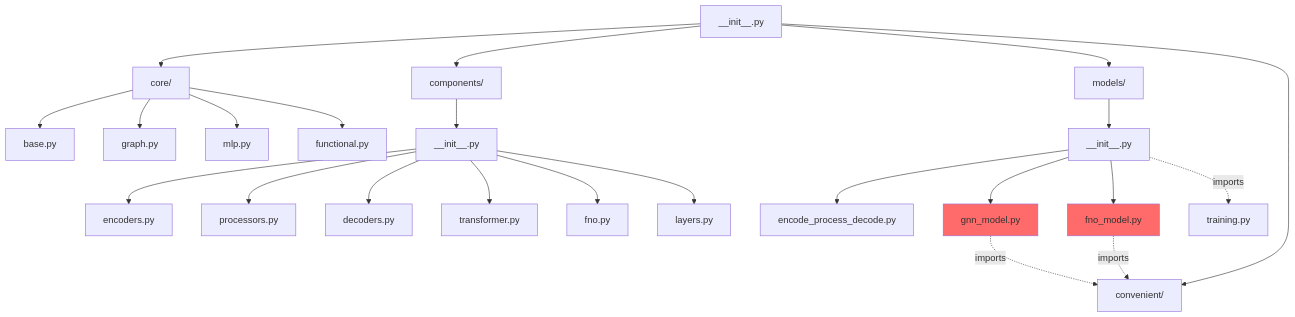
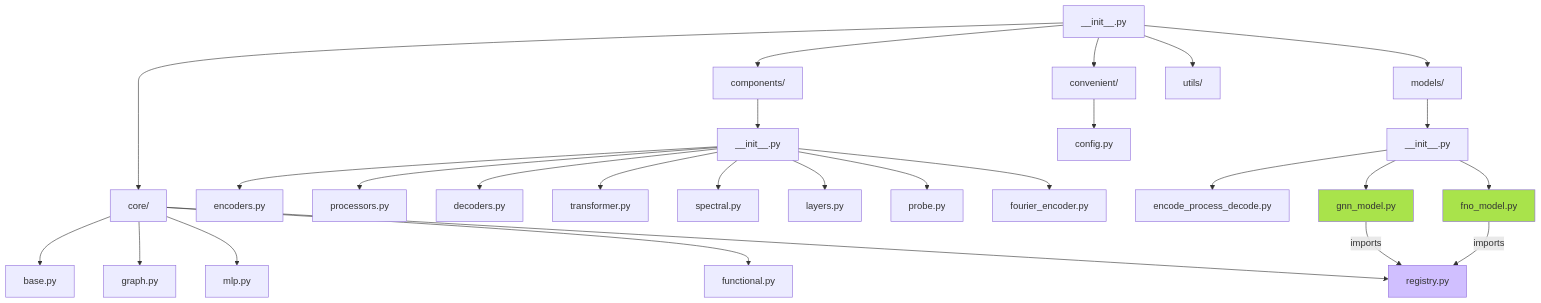
The sixth of 10 diagrams in docs/architecture-dependencies.md (algorithmx/gnn_pde_v2), drawn with Mermaid before and after one commit. The commit also changed other lines of this file and 10 other files, not shown here.

````diff
--- a/docs/architecture-dependencies.md
+++ b/docs/architecture-dependencies.md
@@ -247,35 +248,41 @@
 ```mermaid
 graph TD
     ROOT[__init__.py]
 
     ROOT --> CORE[core/]
     ROOT --> COMP[components/]
     ROOT --> MODELS[models/]
     ROOT --> CONV[convenient/]
+    ROOT --> UTILS[utils/]
 
     CORE --> BASE[base.py]
     CORE --> GRAPH[graph.py]
     CORE --> MLP[mlp.py]
     CORE --> FUNC[functional.py]
+    CORE --> REGISTRY[registry.py]
 
     COMP --> INIT_COMP[__init__.py]
     INIT_COMP --> ENC[encoders.py]
     INIT_COMP --> PROC[processors.py]
     INIT_COMP --> DEC[decoders.py]
     INIT_COMP --> TRANS[transformer.py]
-    INIT_COMP --> FNO[fno.py]
+    INIT_COMP --> SPECTRAL[spectral.py]
     INIT_COMP --> LAYERS[layers.py]
+    INIT_COMP --> PROBE[probe.py]
+    INIT_COMP --> FOURIER[fourier_encoder.py]
 
     MODELS --> INIT_MODELS[__init__.py]
     INIT_MODELS --> EPD[encode_process_decode.py]
     INIT_MODELS --> GNN[gnn_model.py]
     INIT_MODELS --> FNO_M[fno_model.py]
 
-    %% Cross-layer imports
-    GNN -.->|imports| CONV
-    FNO_M -.->|imports| CONV
-    INIT_MODELS -.->|imports| TRAINING[training.py]
+    CONV --> CONFIG[config.py]
 
-    style GNN fill:#ff6b6b
-    style FNO_M fill:#ff6b6b
+    %% Cross-layer imports (all clean now!)
+    GNN -->|imports| REGISTRY
+    FNO_M -->|imports| REGISTRY
+
+    style GNN fill:#a9e34b
+    style FNO_M fill:#a9e34b
+    style REGISTRY fill:#d0bfff
 ```
````
